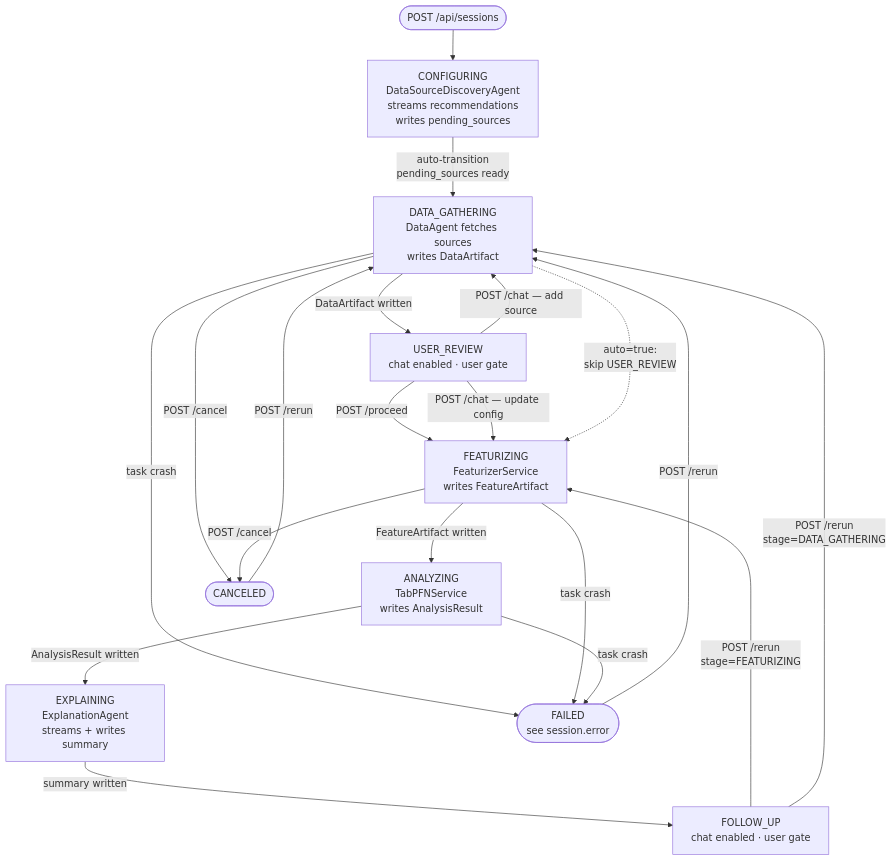
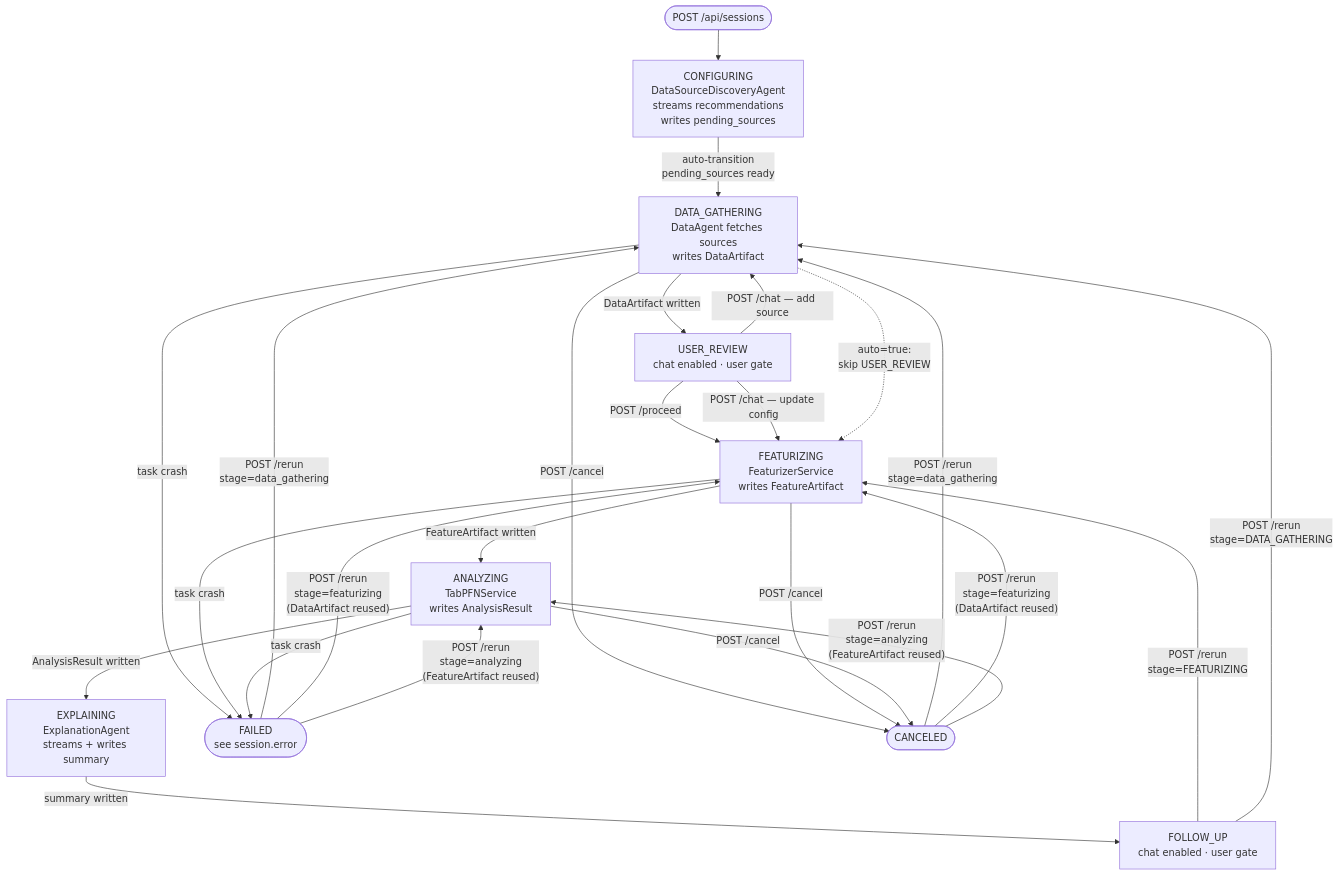
One commit to skang10/signalyst changed the second of 5 diagrams in docs/architecture.md. Above: the diagram before and after it, drawn with Mermaid. The commit also changed other lines of this file, not shown here.

Commit message:
docs: fix rerun arrows in pipeline diagram
FAILED and CANCELED now show that POST /rerun takes a stage param and
can resume from data_gathering, featurizing, or analyzing — reusing
already-persisted artifacts rather than always restarting from scratch.

````diff
--- a/docs/architecture.md
+++ b/docs/architecture.md
@@ -57,36 +57,41 @@
 ```mermaid
 flowchart TD
     START(["POST /api/sessions"]) --> CONFIGURING
 
     CONFIGURING["CONFIGURING\nDataSourceDiscoveryAgent\nstreams recommendations\nwrites pending_sources"]
     DATA_GATHERING["DATA_GATHERING\nDataAgent fetches sources\nwrites DataArtifact"]
     USER_REVIEW["USER_REVIEW\nchat enabled · user gate"]
     FEATURIZING["FEATURIZING\nFeaturizerService\nwrites FeatureArtifact"]
     ANALYZING["ANALYZING\nTabPFNService\nwrites AnalysisResult"]
     EXPLAINING["EXPLAINING\nExplanationAgent\nstreams + writes summary"]
     FOLLOW_UP["FOLLOW_UP\nchat enabled · user gate"]
     FAILED(["FAILED\nsee session.error"])
     CANCELED(["CANCELED"])
 
     CONFIGURING -->|"auto-transition\npending_sources ready"| DATA_GATHERING
     DATA_GATHERING -->|"DataArtifact written"| USER_REVIEW
     USER_REVIEW -->|"POST /proceed"| FEATURIZING
     USER_REVIEW -->|"POST /chat — add source"| DATA_GATHERING
     USER_REVIEW -->|"POST /chat — update config"| FEATURIZING
     FEATURIZING -->|"FeatureArtifact written"| ANALYZING
     ANALYZING -->|"AnalysisResult written"| EXPLAINING
     EXPLAINING -->|"summary written"| FOLLOW_UP
     FOLLOW_UP -->|"POST /rerun\nstage=FEATURIZING"| FEATURIZING
     FOLLOW_UP -->|"POST /rerun\nstage=DATA_GATHERING"| DATA_GATHERING
 
     DATA_GATHERING -.->|"auto=true:\nskip USER_REVIEW"| FEATURIZING
 
     DATA_GATHERING -->|task crash| FAILED
     FEATURIZING -->|task crash| FAILED
     ANALYZING -->|task crash| FAILED
-    FAILED -->|"POST /rerun"| DATA_GATHERING
+    FAILED -->|"POST /rerun\nstage=data_gathering"| DATA_GATHERING
+    FAILED -->|"POST /rerun\nstage=featurizing\n(DataArtifact reused)"| FEATURIZING
+    FAILED -->|"POST /rerun\nstage=analyzing\n(FeatureArtifact reused)"| ANALYZING
 
     DATA_GATHERING -->|"POST /cancel"| CANCELED
     FEATURIZING -->|"POST /cancel"| CANCELED
-    CANCELED -->|"POST /rerun"| DATA_GATHERING
+    ANALYZING -->|"POST /cancel"| CANCELED
+    CANCELED -->|"POST /rerun\nstage=data_gathering"| DATA_GATHERING
+    CANCELED -->|"POST /rerun\nstage=featurizing\n(DataArtifact reused)"| FEATURIZING
+    CANCELED -->|"POST /rerun\nstage=analyzing\n(FeatureArtifact reused)"| ANALYZING
 ```
````
